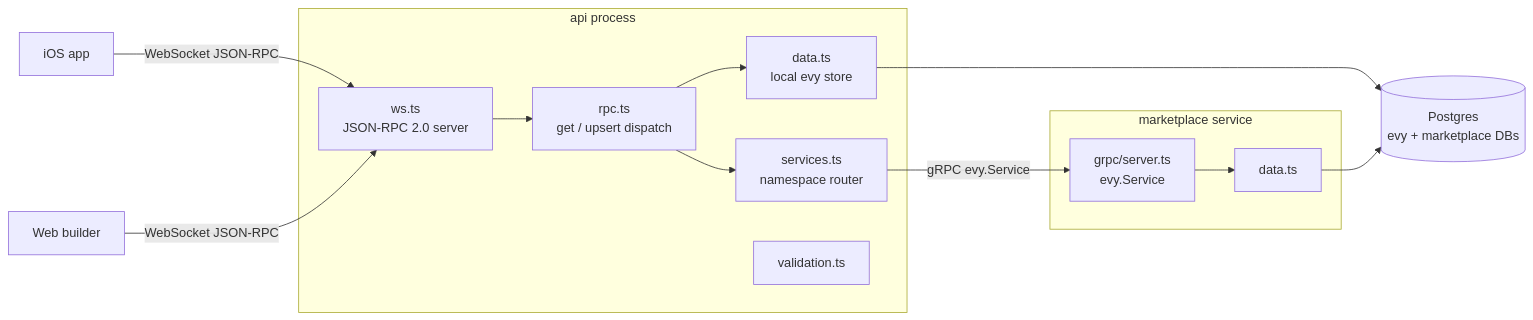
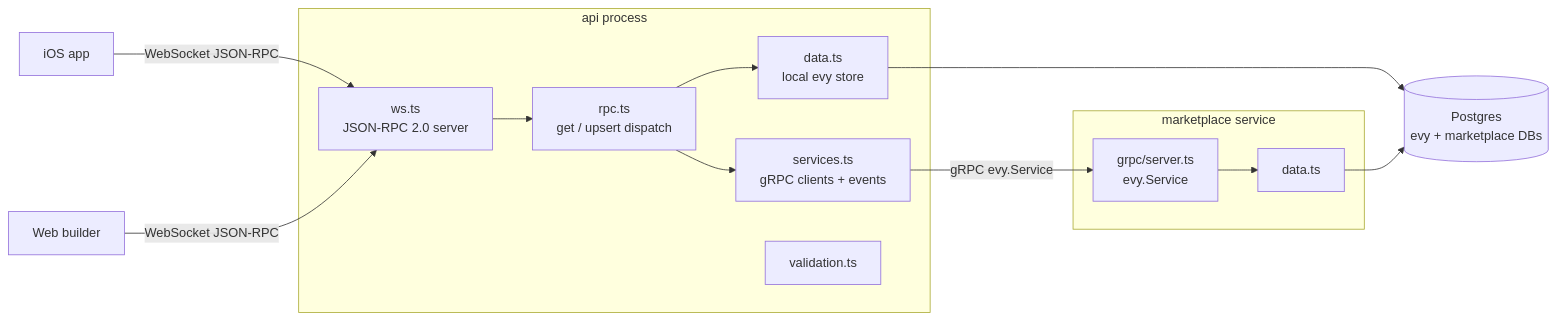
Before and after one commit to EVY-Platform/evy: the first of 3 diagrams in api/README.md, drawn with Mermaid. The commit also changed other lines of this file and 102 other files, not shown here.

````diff
--- a/api/README.md
+++ b/api/README.md
@@ -11,30 +11,30 @@
 ```mermaid
 flowchart LR
     ios[iOS app]
     web[Web builder]
 
     subgraph api_process [api process]
         ws[ws.ts<br/>JSON-RPC 2.0 server]
         rpc[rpc.ts<br/>get / upsert dispatch]
         data[data.ts<br/>local evy store]
-        services[services.ts<br/>namespace router]
+        services[services.ts<br/>gRPC clients + events]
         validation[validation.ts]
     end
 
     subgraph marketplace_process [marketplace service]
         grpc[grpc/server.ts<br/>evy.Service]
         mdata[data.ts]
     end
 
     pg[(Postgres<br/>evy + marketplace DBs)]
 
     ios -- WebSocket JSON-RPC --> ws
     web -- WebSocket JSON-RPC --> ws
     ws --> rpc
     rpc --> data
     rpc --> services
     services -- gRPC evy.Service --> grpc
     data --> pg
     grpc --> mdata
     mdata --> pg
 ```
````
